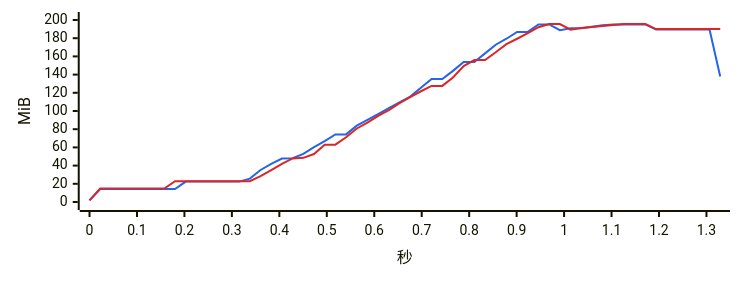
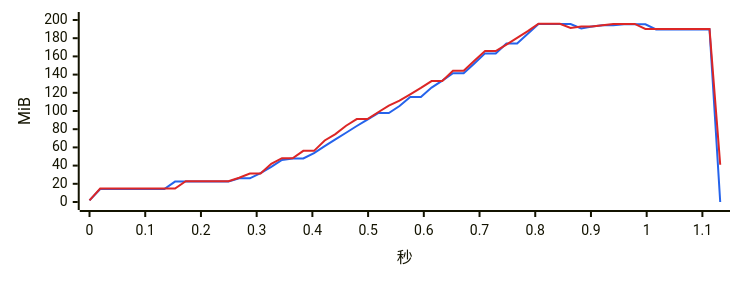
One commit to 334456777/WeFlow changed diagram 11 of 17 in bench/v2.0.0/summary.md. Above: the diagram before and after it, drawn with Mermaid. The commit also changed other lines of this file and 3 other files, not shown here.

````diff
--- a/bench/v2.0.0/summary.md
+++ b/bench/v2.0.0/summary.md
@@ -400,8 +397,8 @@
 ```mermaid
 %%{init: {"xyChart": {"width": 720, "height": 260}, "themeVariables": {"xyChart": {"plotColorPalette": "#2563eb, #dc2626"}}}}%%
 xychart-beta
-    x-axis "秒" 0 --> 1.329
+    x-axis "秒" 0 --> 1.132
     y-axis "MiB" 0 --> 200
-    line [1.8, 14.3, 14.3, 14.3, 14.3, 14.3, 14.3, 14.3, 14.3, 22.4, 22.4, 22.4, 22.4, 22.4, 22.4, 25.7, 35.2, 42.0, 47.7, 48.2, 52.9, 60.3, 66.8, 74.3, 74.3, 83.9, 90.2, 96.6, 103.2, 109.6, 115.9, 125.5, 135.1, 135.1, 144.1, 153.9, 153.9, 163.3, 172.8, 179.4, 186.9, 186.9, 195.1, 195.1, 188.8, 191.0, 191.0, 192.6, 194.1, 195.1, 195.1, 195.1, 195.1, 189.5, 189.5, 189.5, 189.5, 189.5, 189.5, 138.0]
-    line [1.8, 14.7, 14.7, 14.7, 14.7, 14.7, 14.7, 14.7, 22.8, 22.8, 22.8, 22.8, 22.8, 22.8, 22.8, 22.8, 28.4, 35.1, 41.8, 47.9, 48.5, 52.7, 63.0, 63.0, 71.2, 80.8, 87.2, 94.6, 101.0, 108.7, 115.3, 121.7, 127.6, 127.6, 136.8, 149.3, 156.0, 156.0, 164.5, 173.4, 179.4, 185.7, 192.1, 195.6, 195.6, 189.3, 191.1, 192.3, 193.4, 194.5, 195.5, 195.5, 195.5, 190.0, 190.0, 190.0, 190.0, 190.0, 190.0, 190.0]
+    line [1.8, 14.3, 14.3, 14.3, 14.3, 14.3, 14.3, 14.3, 22.4, 22.4, 22.4, 22.4, 22.4, 22.4, 26.0, 26.0, 31.7, 38.7, 46.2, 47.8, 47.8, 53.7, 61.4, 68.9, 76.1, 83.5, 90.6, 97.7, 97.7, 105.5, 115.4, 115.4, 125.7, 133.4, 141.6, 141.6, 152.2, 163.3, 163.3, 174.2, 174.2, 184.8, 195.5, 195.5, 195.5, 195.5, 190.8, 192.9, 194.3, 194.3, 195.2, 195.2, 195.2, 189.6, 189.6, 189.6, 189.6, 189.6, 189.6, 0.0]
+    line [1.8, 14.7, 14.7, 14.7, 14.7, 14.7, 14.7, 14.7, 14.7, 22.8, 22.8, 22.8, 22.8, 22.8, 26.7, 31.3, 31.3, 41.9, 48.1, 48.1, 56.2, 56.2, 67.6, 74.6, 83.8, 91.1, 91.1, 98.6, 106.0, 111.3, 118.3, 125.4, 132.9, 132.9, 144.3, 144.3, 155.3, 165.8, 165.8, 173.0, 180.4, 187.7, 195.9, 195.9, 195.9, 191.2, 192.9, 192.9, 194.3, 195.7, 195.7, 195.7, 190.2, 190.2, 190.2, 190.2, 190.2, 190.2, 190.2, 40.9]
 ```
````
